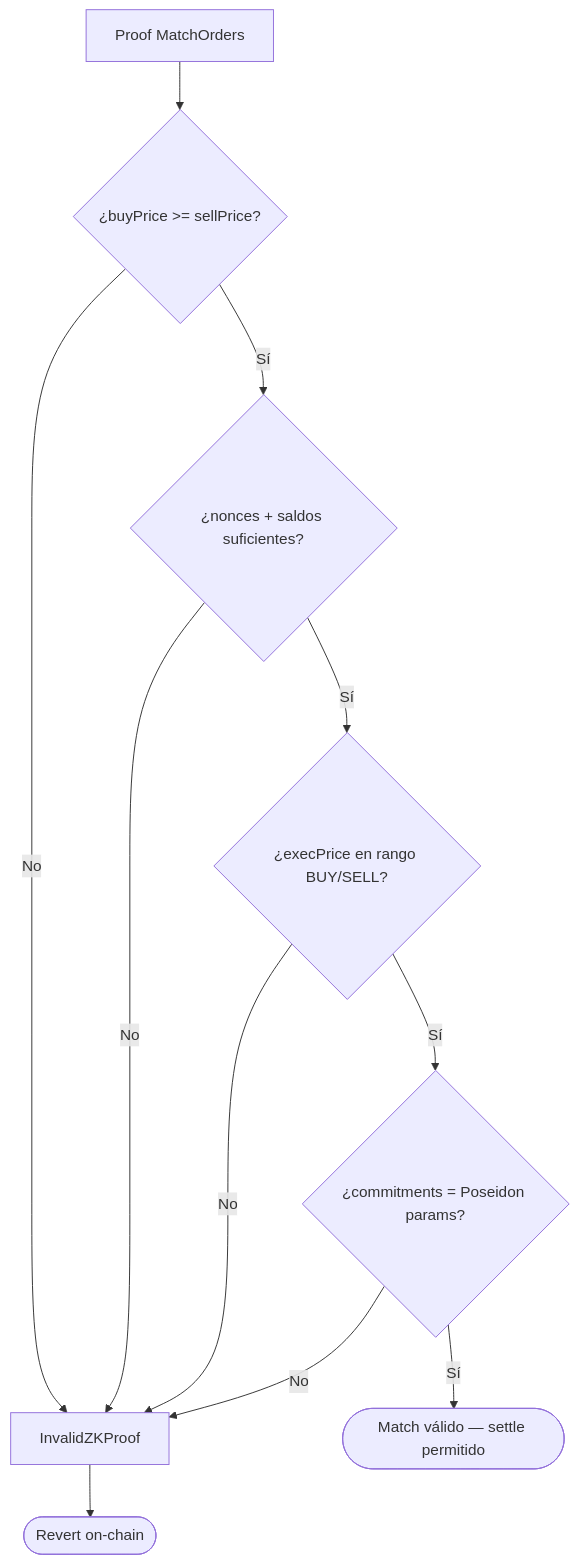
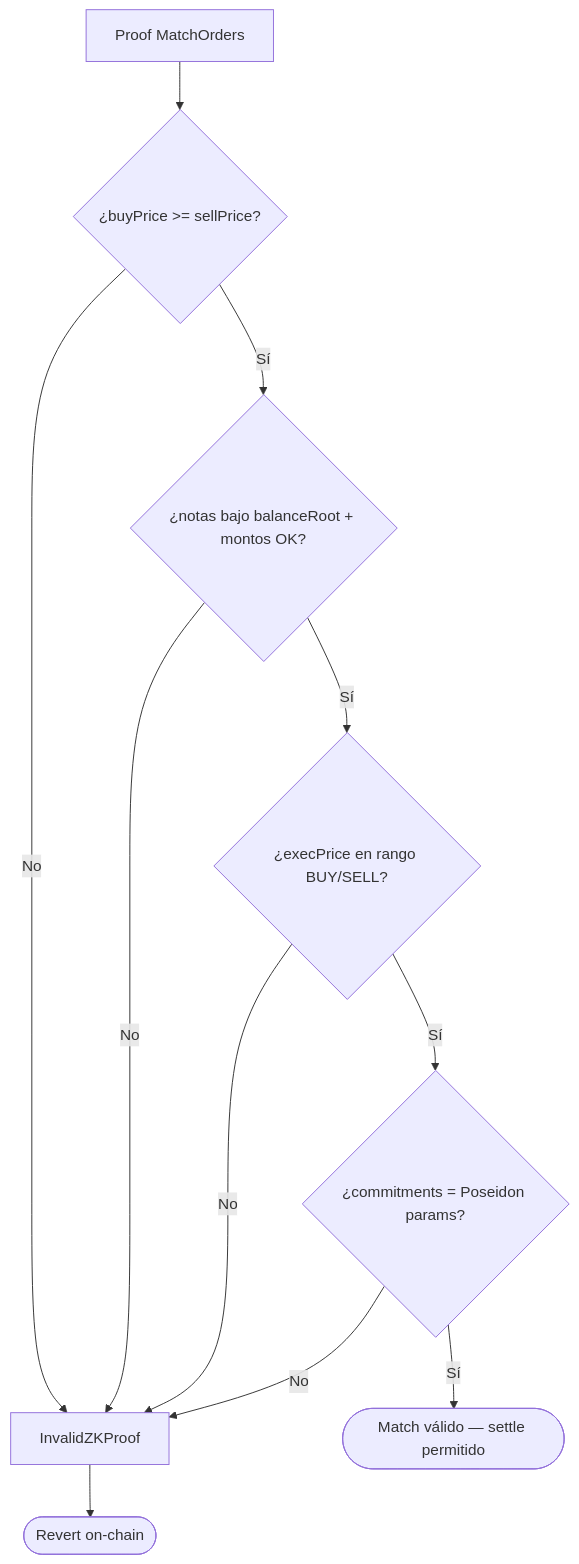
Before and after one commit to rastrahm/zk-dark-pool: the fourth of 7 diagrams in doc/diagrama-de-flujo.md, drawn with Mermaid. The commit also changed other lines of this file and 13 other files, not shown here.

````diff
--- a/doc/diagrama-de-flujo.md
+++ b/doc/diagrama-de-flujo.md
@@ -74,13 +79,13 @@
 ```mermaid
 flowchart TD
     A[Proof MatchOrders] --> B{¿buyPrice >= sellPrice?}
     B -->|No| Fail[InvalidZKProof]
-    B -->|Sí| C{¿nonces + saldos suficientes?}
+    B -->|Sí| C{¿notas bajo balanceRoot + montos OK?}
     C -->|No| Fail
     C -->|Sí| D{¿execPrice en rango BUY/SELL?}
     D -->|No| Fail
     D -->|Sí| E{¿commitments = Poseidon params?}
     E -->|No| Fail
     E -->|Sí| Ok([Match válido — settle permitido])
     Fail --> End([Revert on-chain])
 ```
````
